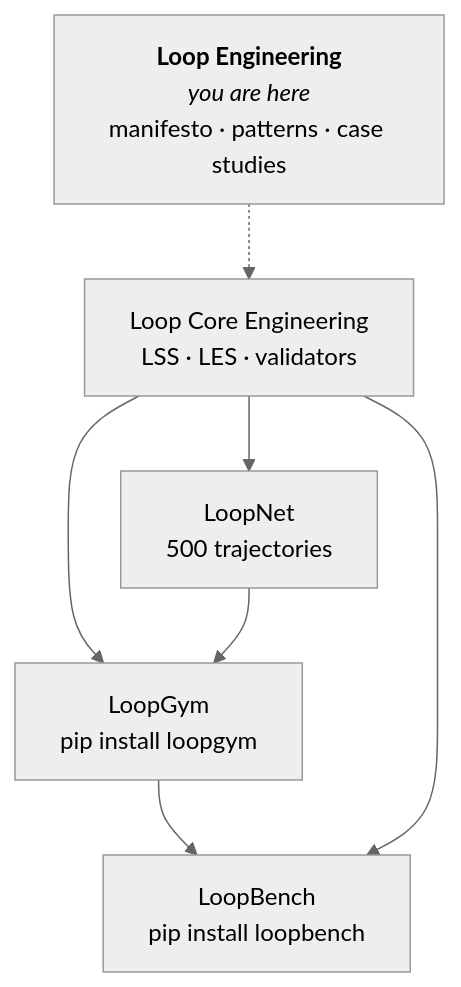
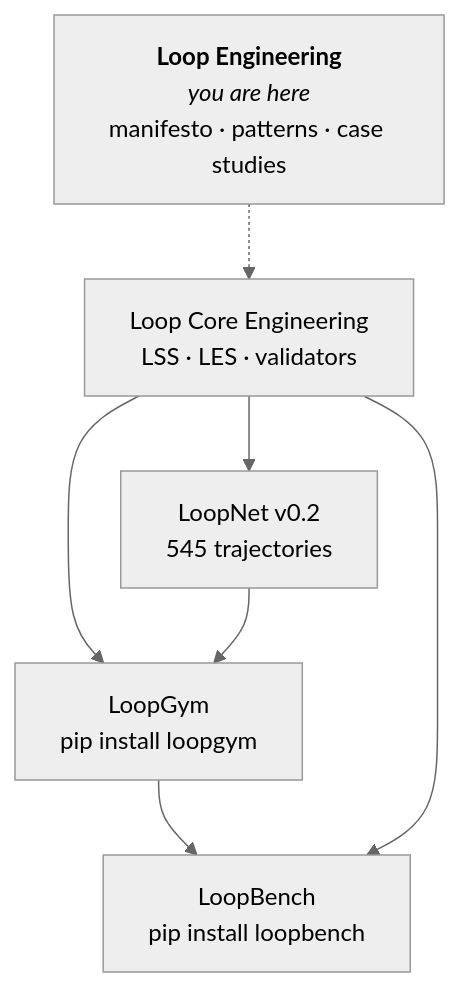
One commit to KanakMalpani/Loop-Engineering changed the diagram in README.md. Above: the diagram before and after it, drawn with Mermaid (neutral theme). The commit also changed other lines of this file and 34 other files, not shown here.

````diff
--- a/README.md
+++ b/README.md
@@ -57,15 +57,15 @@
 ```mermaid
 flowchart TB
   DOCS["<b>Loop Engineering</b><br/><i>you are here</i><br/>manifesto · patterns · case studies"]
   CORE["Loop Core Engineering<br/>LSS · LES · validators"]
-  NET["LoopNet<br/>500 trajectories"]
+  NET["LoopNet v0.2<br/>545 trajectories"]
   GYM["LoopGym<br/>pip install loopgym"]
   BENCH["LoopBench<br/>pip install loopbench"]
 
   DOCS -.-> CORE
   CORE --> NET
   CORE --> GYM
   NET --> GYM
   GYM --> BENCH
   CORE --> BENCH
 ```
````
